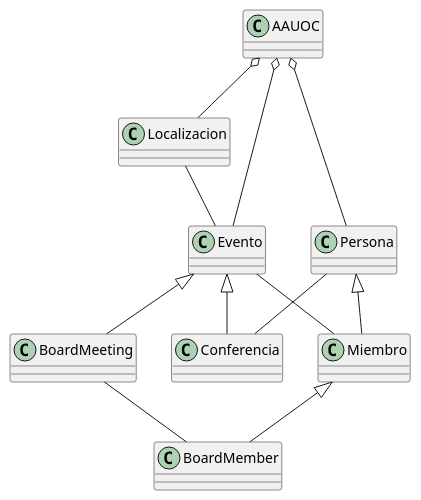
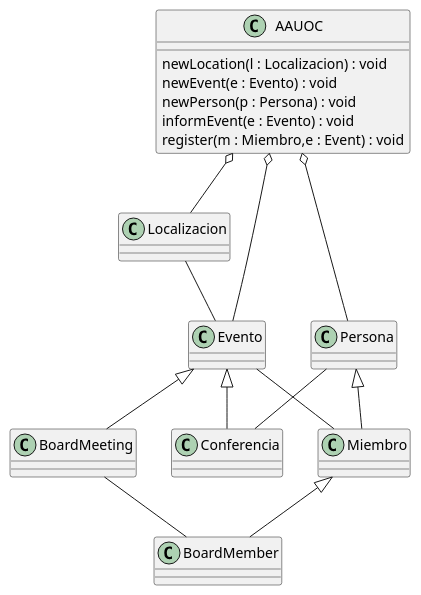
The diagram in src/EjercicioUML.puml (abrahambelen/UMLClasesAbrahamBelenDuran), drawn with PlantUML before and after one commit.

Commit message:
AAUOC métodos y atributos

```diff
--- a/src/EjercicioUML.puml
+++ b/src/EjercicioUML.puml
@@ -1,54 +1,59 @@
 @startuml
 
 class Miembro{
+
 
 }
 
 class BoardMember{
 
 }
 
 class Evento{
 
 
 }
 
 class Conferencia{
 
 }
 
 class BoardMeeting{
 
 }
 
 class Localizacion{
 
 }
 
 class Persona{
 
 }
 
 class AAUOC{
-
+newLocation(l : Localizacion) : void
+newEvent(e : Evento) : void
+newPerson(p : Persona) : void
+informEvent(e : Evento) : void
+register(m : Miembro,e : Event) : void
 }
 
 Evento <|-- Conferencia
 Evento <|-- BoardMeeting
 
 Persona <|-- Miembro
 Miembro <|-- BoardMember
 
 AAUOC o-- Persona
 AAUOC o-- Localizacion
 AAUOC o-- Evento
 
 Persona -- Conferencia
 
 BoardMeeting -- BoardMember
 
 Evento -- Miembro
 
 Localizacion -- Evento
 
 @enduml
```
